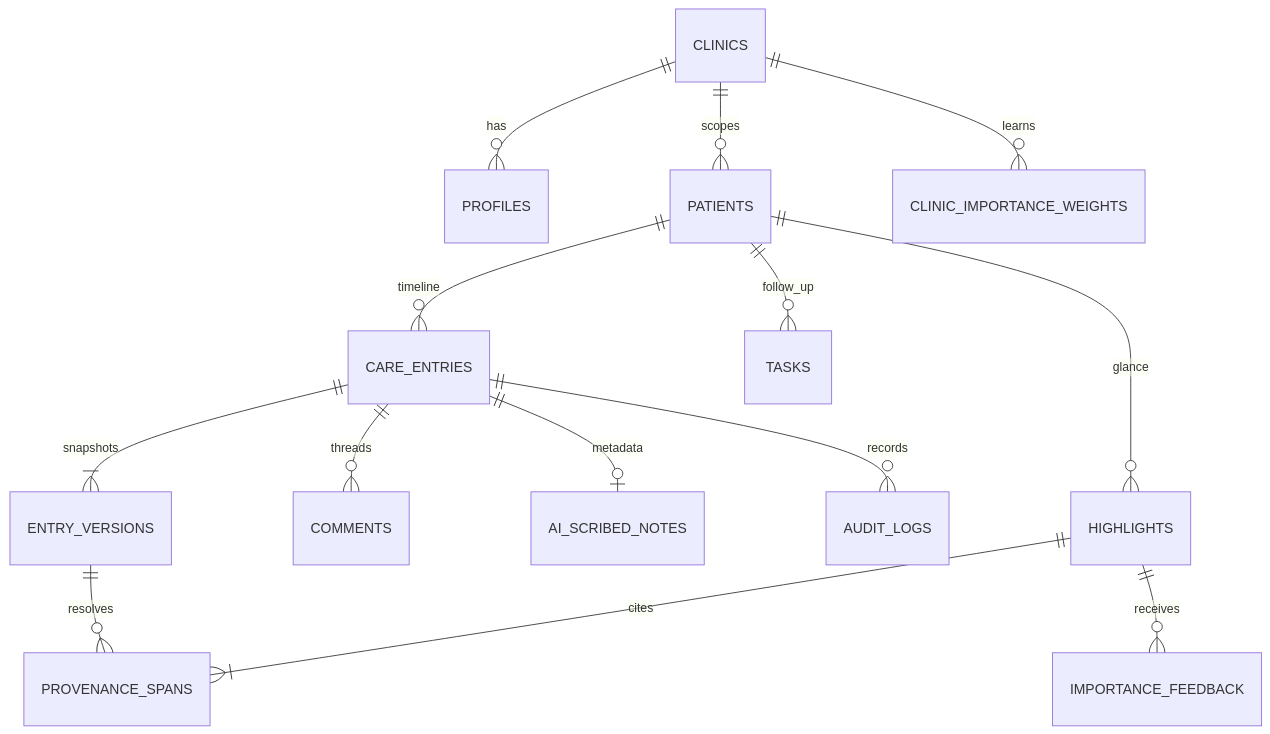
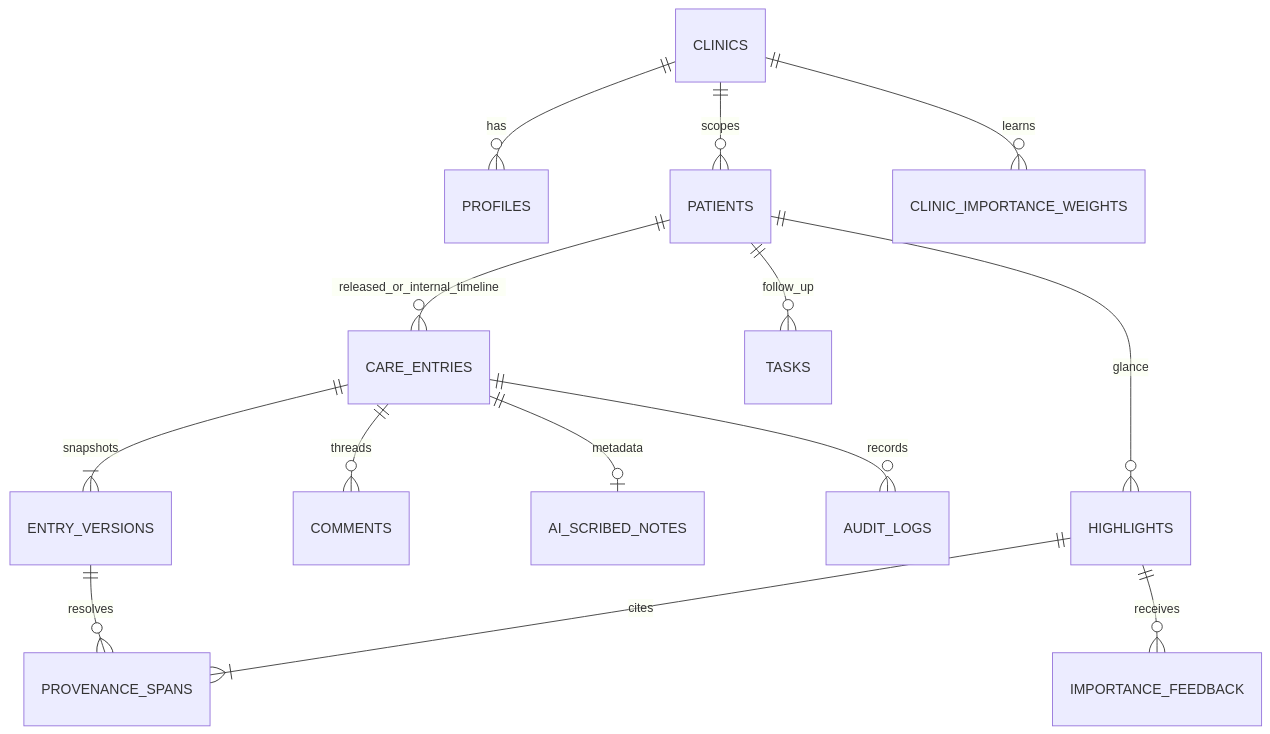
The second of 2 diagrams in docs/TECHNICAL_BRIEF.md (Alan22886/nightingale-care-note), drawn with Mermaid before and after one commit. The commit also changed other lines of this file and 39 other files, not shown here.

````diff
--- a/docs/TECHNICAL_BRIEF.md
+++ b/docs/TECHNICAL_BRIEF.md
@@ -39,16 +41,16 @@
 ```mermaid
 erDiagram
   CLINICS ||--o{ PROFILES : has
   CLINICS ||--o{ PATIENTS : scopes
-  PATIENTS ||--o{ CARE_ENTRIES : timeline
+  PATIENTS ||--o{ CARE_ENTRIES : released_or_internal_timeline
   CARE_ENTRIES ||--|{ ENTRY_VERSIONS : snapshots
   CARE_ENTRIES ||--o{ COMMENTS : threads
   PATIENTS ||--o{ TASKS : follow_up
   PATIENTS ||--o{ HIGHLIGHTS : glance
   HIGHLIGHTS ||--|{ PROVENANCE_SPANS : cites
   ENTRY_VERSIONS ||--o{ PROVENANCE_SPANS : resolves
   CARE_ENTRIES ||--o| AI_SCRIBED_NOTES : metadata
   HIGHLIGHTS ||--o{ IMPORTANCE_FEEDBACK : receives
   CLINICS ||--o{ CLINIC_IMPORTANCE_WEIGHTS : learns
   CARE_ENTRIES ||--o{ AUDIT_LOGS : records
 ```
````
